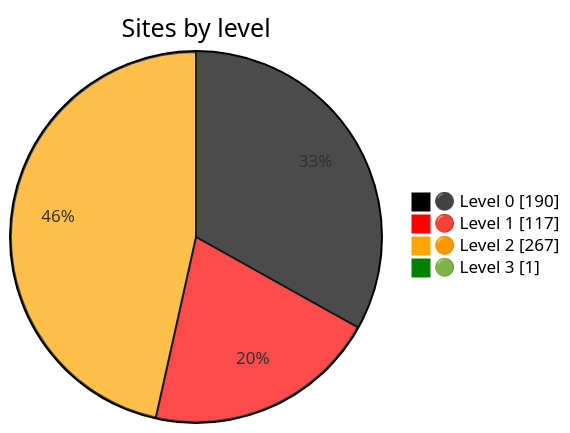
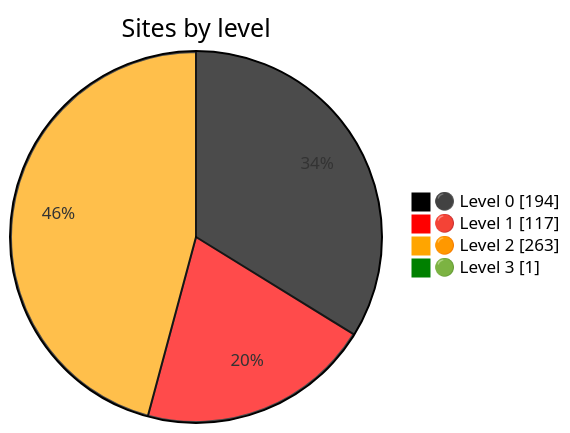
One commit to nuuuwan/gov_lk_web_auditor changed the diagram in README.md. Above: the diagram before and after it, drawn with Mermaid. The commit also changed other lines of this file and 2587 other files, not shown here.

````diff
--- a/README.md
+++ b/README.md
@@ -24,9 +24,9 @@
 ```mermaid
 %%{init: {"themeVariables":{"pie1":"black","pie2":"red","pie3":"orange","pie4":"green"}}}%%
 pie showData
     title Sites by level
-    "⚫ Level 0" : 190
+    "⚫ Level 0" : 194
     "🔴 Level 1" : 117
-    "🟠 Level 2" : 267
+    "🟠 Level 2" : 263
     "🟢 Level 3" : 1
 ```
````
